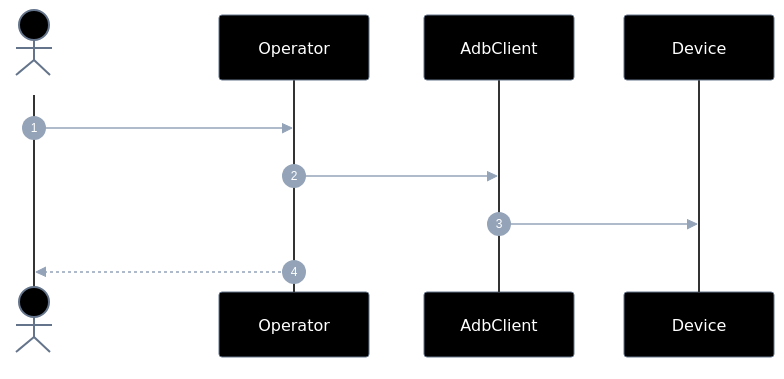
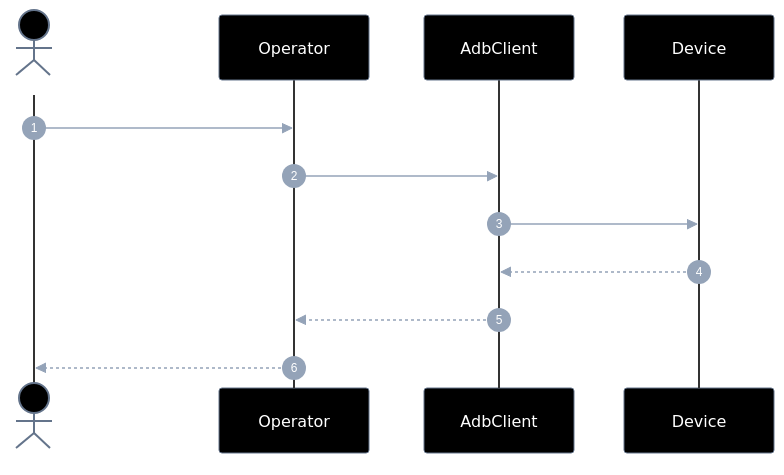
One commit to laerciogermano/workstation changed the fifth of 7 diagrams in connectmax/screen-robot/epics/EP-04-operar-tela/5.implementation-plan.md. Above: the diagram before and after it, drawn with Mermaid. The commit also changed other lines of this file and 5 other files, not shown here.

Commit message:
Completa retornos faltantes em todos os diagramas de sequência dos planos.

````diff
--- a/connectmax/screen-robot/epics/EP-04-operar-tela/5.implementation-plan.md
+++ b/connectmax/screen-robot/epics/EP-04-operar-tela/5.implementation-plan.md
@@ -394,54 +416,56 @@
 ```mermaid
 ---
 config:
   theme: base
   themeVariables:
     darkMode: true
     background: '#000000'
     primaryColor: '#000000'
     primaryTextColor: '#ffffff'
     primaryBorderColor: '#64748b'
     secondaryColor: '#000000'
     secondaryTextColor: '#ffffff'
     secondaryBorderColor: '#64748b'
     tertiaryColor: '#000000'
     tertiaryTextColor: '#ffffff'
     tertiaryBorderColor: '#64748b'
     lineColor: '#64748b'
     textColor: '#ffffff'
     mainBkg: '#000000'
     nodeBorder: '#64748b'
     clusterBkg: '#000000'
     clusterBorder: '#333333'
     titleColor: '#ffffff'
     edgeLabelBackground: '#000000'
     actorBkg: '#000000'
     actorBorder: '#64748b'
     actorTextColor: '#ffffff'
     actorLineColor: '#333333'
     signalColor: '#94a3b8'
     signalTextColor: '#ffffff'
     labelBoxBkgColor: '#000000'
     labelBoxBorderColor: '#64748b'
     labelTextColor: '#ffffff'
     loopTextColor: '#ffffff'
     noteBorderColor: '#64748b'
     noteBkgColor: '#111111'
     noteTextColor: '#ffffff'
     activationBorderColor: '#64748b'
     activationBkgColor: '#1a1a1a'
     sequenceNumberColor: '#ffffff'
     classText: '#ffffff'
 ---
 sequenceDiagram
   autonumber
   actor Dev as Caller
   participant O as Operator
   participant A as AdbClient
   participant D as Device
 
   Dev->>O: screenshot(serial, path)
   O->>A: screencap + pull
   A->>D: capturar
+  D-->>A: png
+  A-->>O: arquivo local
   O-->>Dev: absPath
 ```
````
